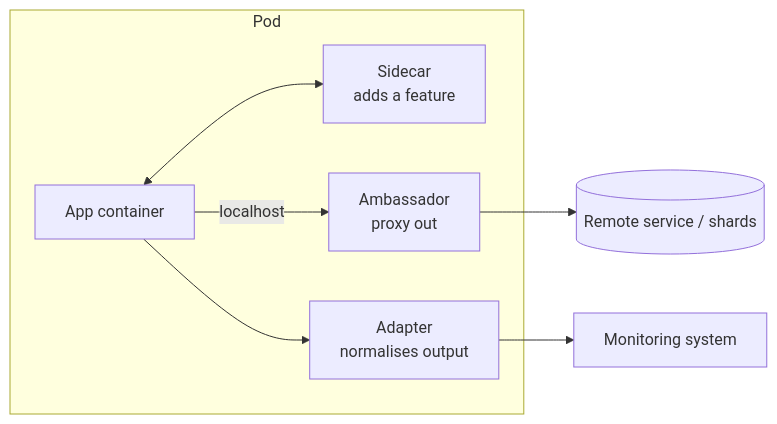
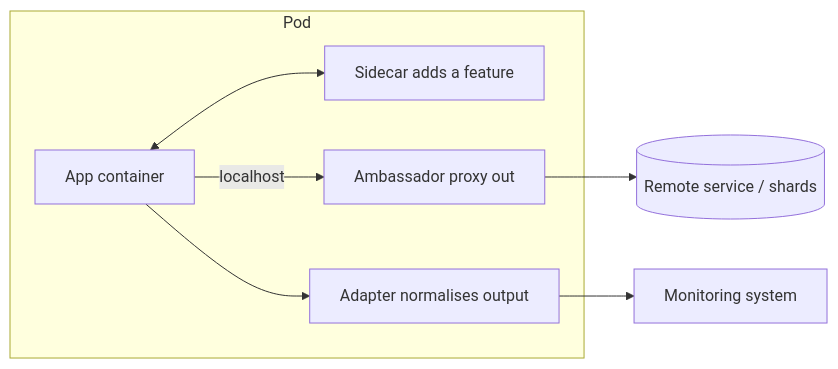
One commit to sharifndlovu123/knowledge_base_map changed the first of 9 diagrams in Collection/03. Programming/14. System Design/6. Distributed Patterns.md. Above: the diagram before and after it, drawn with Mermaid. The commit also changed other lines of this file and 9 other files, not shown here.

First line of the commit message:
Add diagram viewer; fix line breaks in new diagrams

````diff
--- a/Collection/03. Programming/14. System Design/6. Distributed Patterns.md
+++ b/Collection/03. Programming/14. System Design/6. Distributed Patterns.md
@@ -25,12 +25,12 @@
 ```mermaid
 flowchart LR
     subgraph Pod
     A[App container]
-    S[Sidecar<br/>adds a feature]
-    AM[Ambassador<br/>proxy out]
-    AD[Adapter<br/>normalises output]
+    S[Sidecar adds a feature]
+    AM[Ambassador proxy out]
+    AD[Adapter normalises output]
     end
     A <--> S
     A -- localhost --> AM --> EXT[(Remote service / shards)]
     A --> AD --> MON[Monitoring system]
 ```
````
